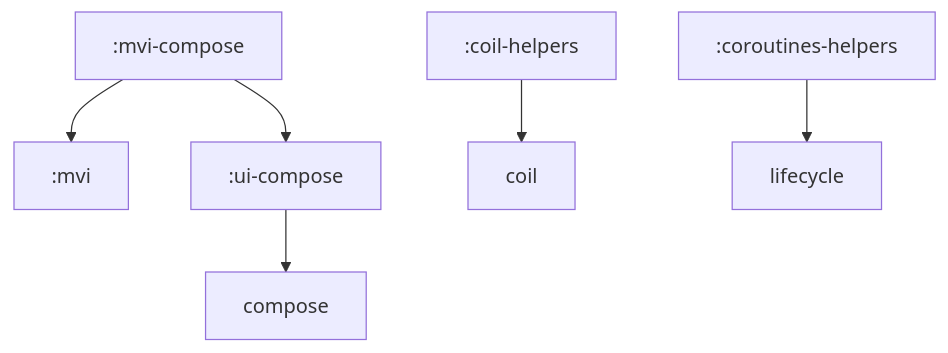
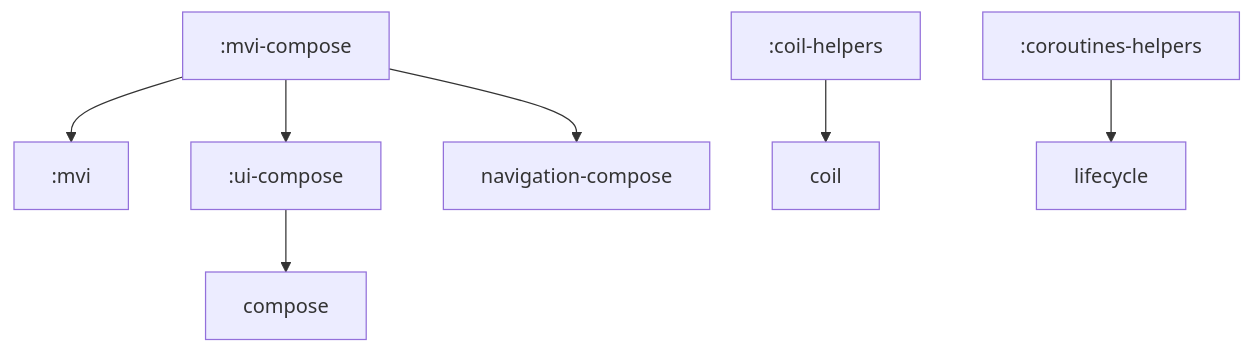
The diagram in README.md (BRBXGIT/BRBXDevKit), drawn with Mermaid before and after one commit.

````diff
--- a/README.md
+++ b/README.md
@@ -69,8 +69,9 @@
 ```mermaid
 graph TD
     mvi-compose[":mvi-compose"] --> mvi[":mvi"]
     mvi-compose --> ui-compose[":ui-compose"]
+    mvi-compose --> navigation-compose
     ui-compose --> compose
     coil-helpers[":coil-helpers"] --> coil
     coroutines-helpers[":coroutines-helpers"] --> lifecycle
 ```
````
